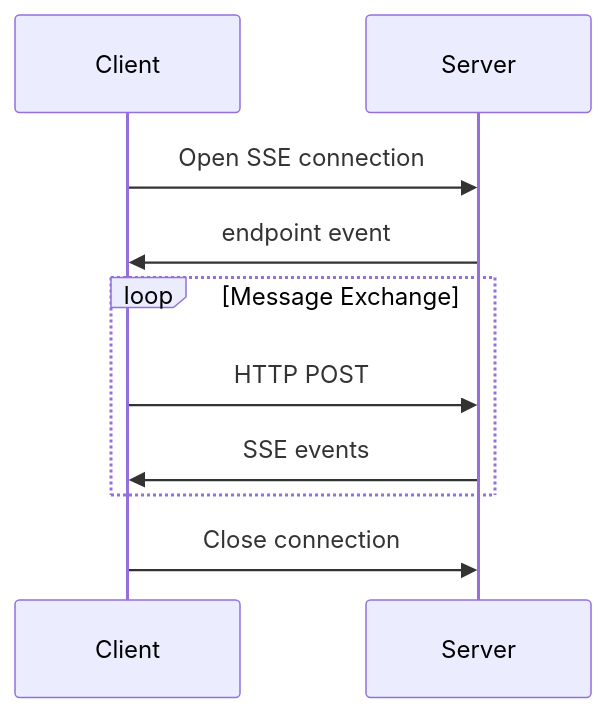
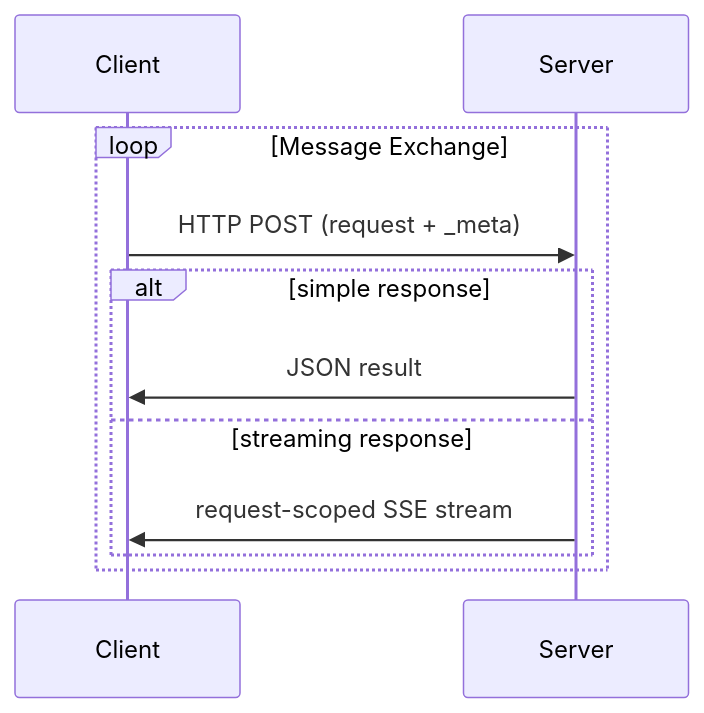
One commit to parttimenerd/tiny-llm-library-demo changed diagram 12 of 15 in slides/slides.md. Above: the diagram before and after it, drawn with Mermaid. The commit also changed other lines of this file and 7 other files, not shown here.

````diff
--- a/slides/slides.md
+++ b/slides/slides.md
@@ -1708,13 +1907,14 @@
-```mermaid {scale: 0.75}
+```mermaid {scale: 0.65}
 sequenceDiagram
     participant C as Client
     participant S as Server
 
-    C->>S: Open SSE connection
-    S->>C: endpoint event
     loop Message Exchange
-        C->>S: HTTP POST
-        S->>C: SSE events
+        C->>S: HTTP POST (request + _meta)
+        alt simple response
+            S->>C: JSON result
+        else streaming response
+            S->>C: request-scoped SSE stream
+        end
     end
-    C->>S: Close connection
 ```
````
